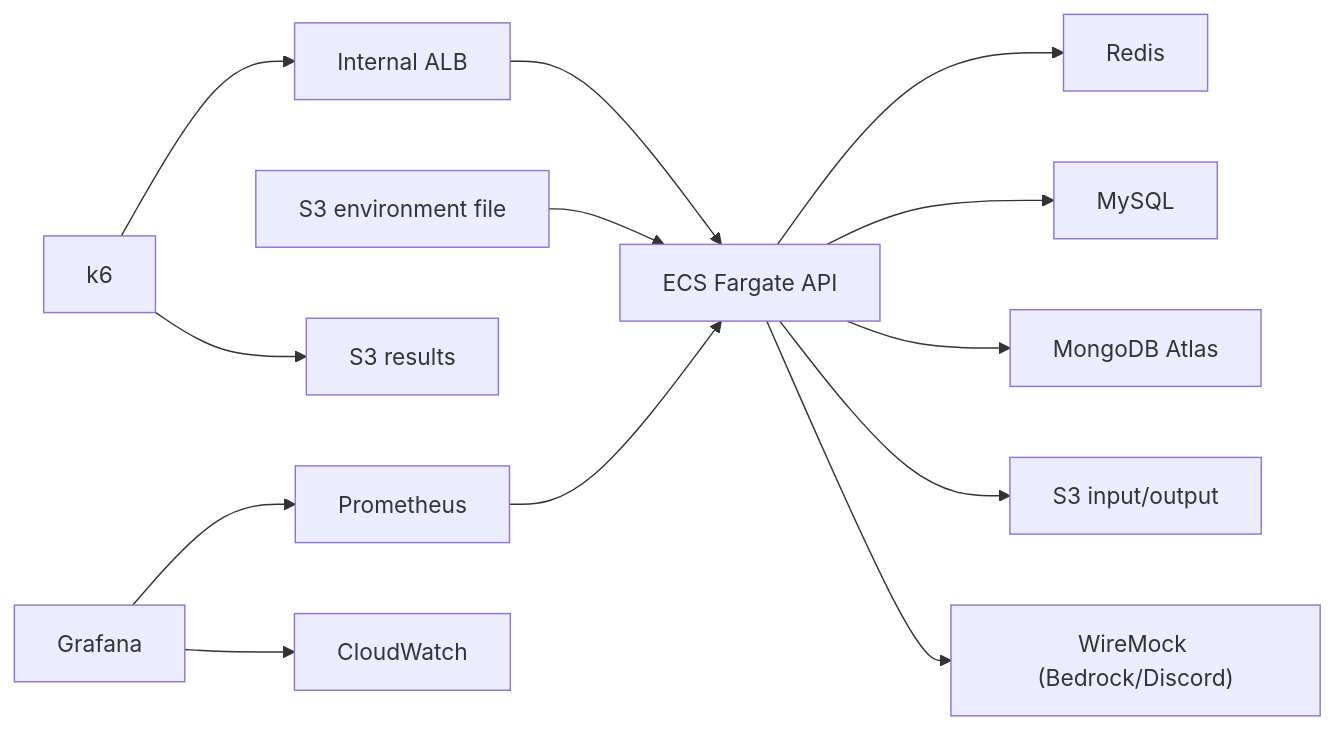
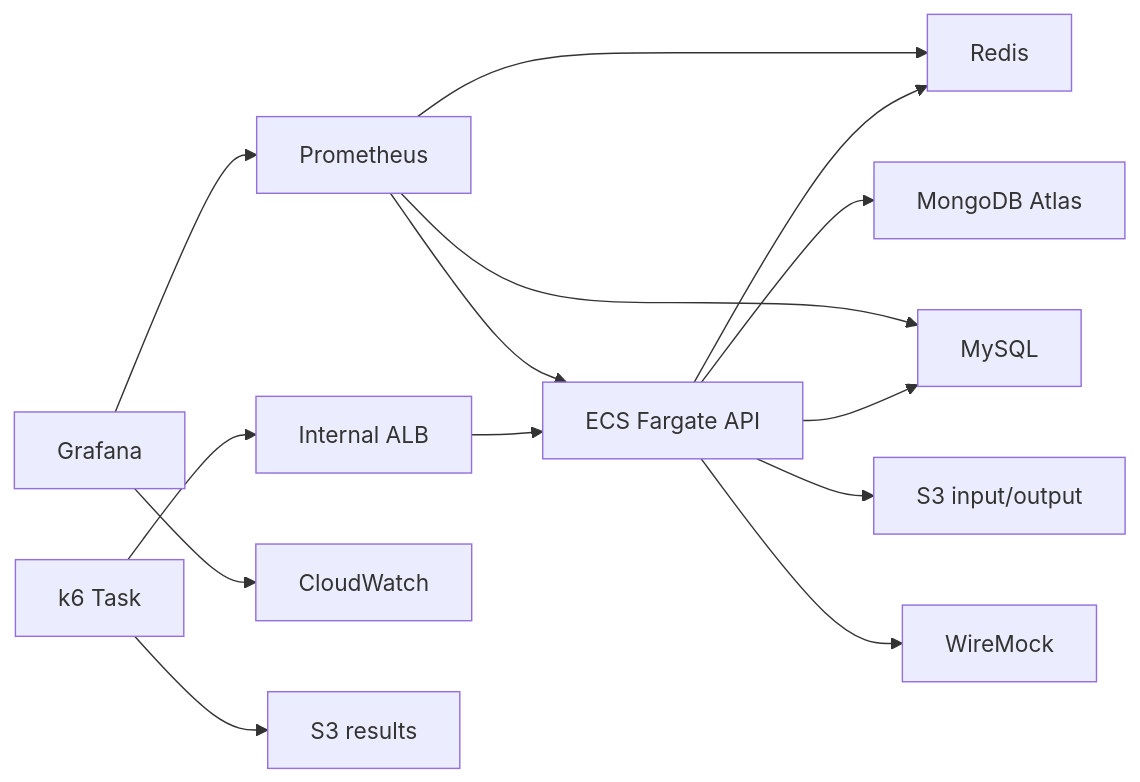
Before and after one commit to SWM16-ASAP/back-server: the diagram in docs/architecture/performance-test-infrastructure.md, drawn with Mermaid. The commit also changed other lines of this file and 39 other files, not shown here.

````diff
--- a/docs/architecture/performance-test-infrastructure.md
+++ b/docs/architecture/performance-test-infrastructure.md
@@ -7,16 +9,17 @@
 ```mermaid
 flowchart LR
-    K6["k6"] --> ALB["Internal ALB"]
+    K6["k6 Task"] --> ALB["Internal ALB"]
     ALB --> APP["ECS Fargate API"]
     APP --> REDIS["Redis"]
     APP --> MYSQL["MySQL"]
     APP --> ATLAS["MongoDB Atlas"]
     APP --> S3AI["S3 input/output"]
-    APP --> MOCK["WireMock (Bedrock/Discord)"]
-    ENV["S3 environment file"] --> APP
+    APP --> MOCK["WireMock"]
 
     PROM["Prometheus"] --> APP
+    PROM --> REDIS
+    PROM --> MYSQL
     GRAFANA["Grafana"] --> PROM
     GRAFANA --> CLOUDWATCH["CloudWatch"]
-    K6 --> S3["S3 results"]
+    K6 --> RESULTS["S3 results"]
 ```
````
